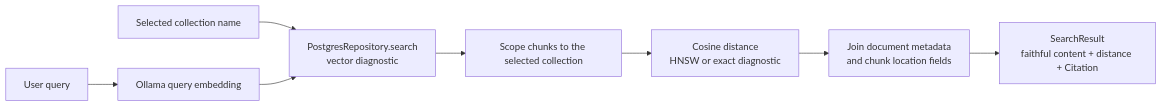
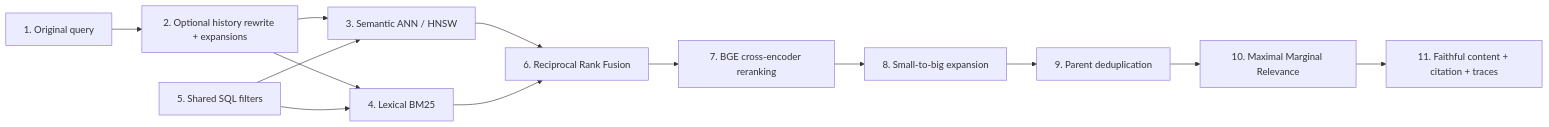
One commit to FranRguezCer/RAGLab changed the fourth of 4 diagrams in README.md. Above: the diagram before and after it, drawn with Mermaid. The commit also changed other lines of this file and 1 other file, not shown here.

````diff
--- a/README.md
+++ b/README.md
@@ -601,10 +290,15 @@
 ```mermaid
 flowchart LR
-    QUESTION["User query"] --> QUERY_VECTOR["Ollama query embedding"]
-    COLLECTION["Selected collection name"] --> SEARCH["PostgresRepository.search<br/>vector diagnostic"]
-    QUERY_VECTOR --> SEARCH
-    SEARCH --> FILTER["Scope chunks to the selected collection"]
-    FILTER --> RANK["Cosine distance<br/>HNSW or exact diagnostic"]
-    RANK --> JOIN["Join document metadata<br/>and chunk location fields"]
-    JOIN --> RESULT["SearchResult<br/>faithful content + distance + Citation"]
+    Q["1. Original query"] --> RW["2. Optional history rewrite + expansions"]
+    RW --> ANN["3. Semantic ANN / HNSW"]
+    RW --> BM25["4. Lexical BM25"]
+    FILTER["5. Shared SQL filters"] --> ANN
+    FILTER --> BM25
+    ANN --> RRF["6. Reciprocal Rank Fusion"]
+    BM25 --> RRF
+    RRF --> BGE["7. BGE cross-encoder reranking"]
+    BGE --> EXPAND["8. Small-to-big expansion"]
+    EXPAND --> DEDUPE["9. Parent deduplication"]
+    DEDUPE --> MMR["10. Maximal Marginal Relevance"]
+    MMR --> OUT["11. Faithful content + citation + traces"]
 ```
````
